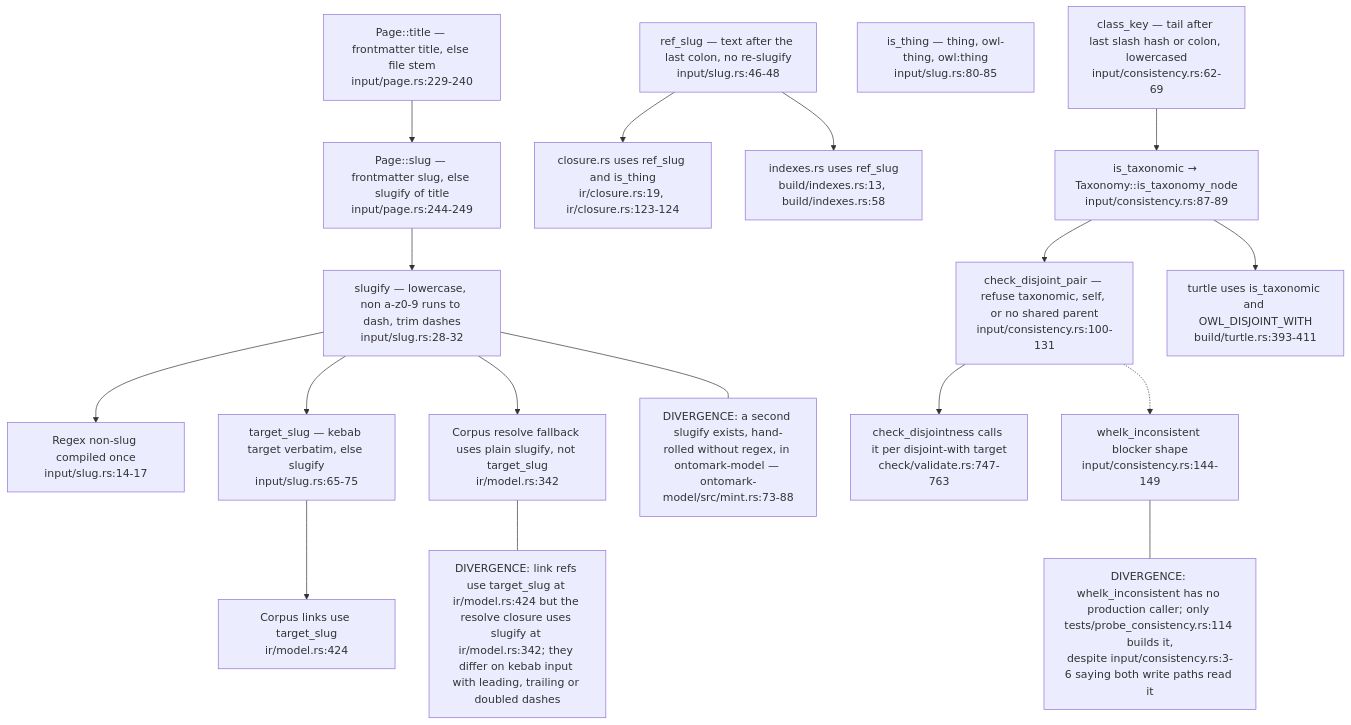
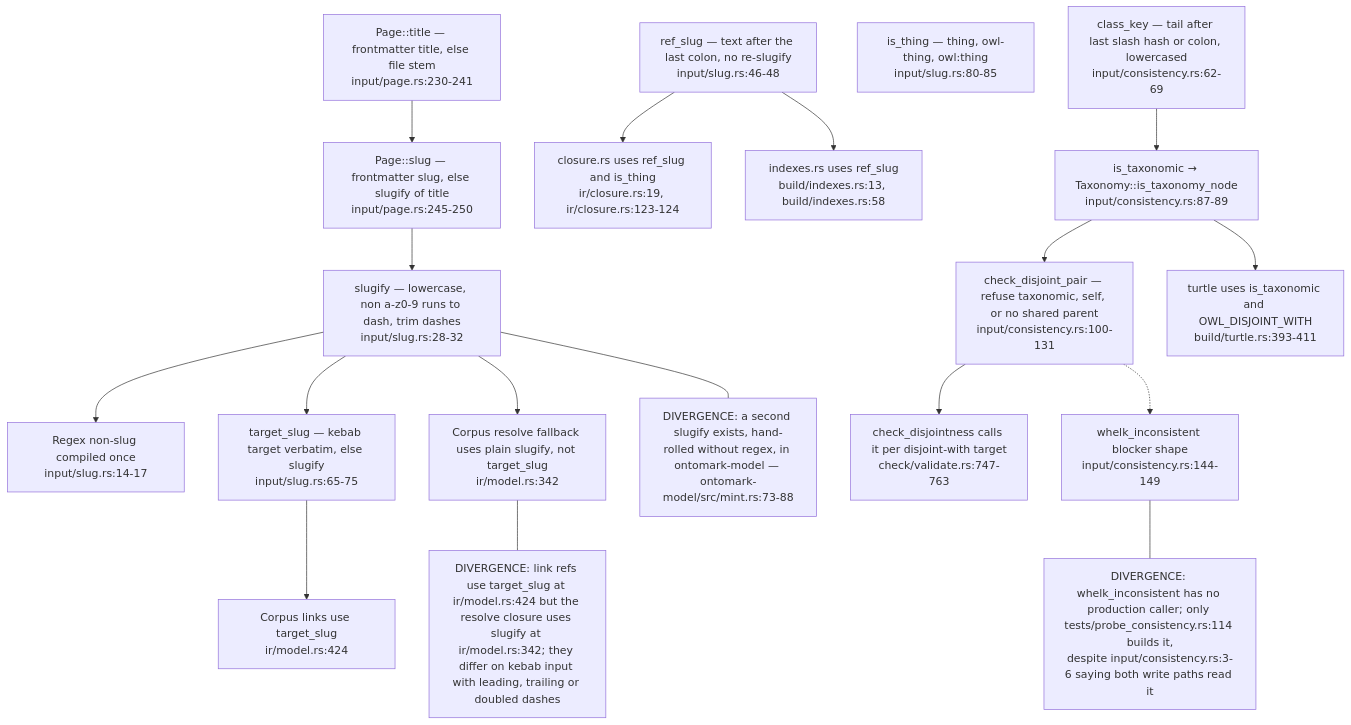
The fifth of 6 diagrams in docs/diagrams/ontomark/01-input-layer-vault-pages-and-gates.md (DreamLab-AI/VisionFlow), drawn with Mermaid before and after one commit. The commit also changed other lines of this file and 91 other files, not shown here.

````diff
--- a/docs/diagrams/ontomark/01-input-layer-vault-pages-and-gates.md
+++ b/docs/diagrams/ontomark/01-input-layer-vault-pages-and-gates.md
@@ -205,35 +211,35 @@
 ```mermaid
 flowchart TD
-    TITLE["Page::title — frontmatter title, else file stem<br/>input/page.rs:229-240"]
-    SLUGP["Page::slug — frontmatter slug, else slugify of title<br/>input/page.rs:244-249"]
+    TITLE["Page::title — frontmatter title, else file stem<br/>input/page.rs:230-241"]
+    SLUGP["Page::slug — frontmatter slug, else slugify of title<br/>input/page.rs:245-250"]
     SLUGIFY["slugify — lowercase, non a-z0-9 runs to dash, trim dashes<br/>input/slug.rs:28-32"]
     RE["Regex non-slug compiled once<br/>input/slug.rs:14-17"]
     REFSLUG["ref_slug — text after the last colon, no re-slugify<br/>input/slug.rs:46-48"]
     TARGET["target_slug — kebab target verbatim, else slugify<br/>input/slug.rs:65-75"]
     THING["is_thing — thing, owl-thing, owl:thing<br/>input/slug.rs:80-85"]
     U1["closure.rs uses ref_slug and is_thing<br/>ir/closure.rs:19, ir/closure.rs:123-124"]
     U2["indexes.rs uses ref_slug<br/>build/indexes.rs:13, build/indexes.rs:58"]
     U3["Corpus links use target_slug<br/>ir/model.rs:424"]
     U4["Corpus resolve fallback uses plain slugify, not target_slug<br/>ir/model.rs:342"]
     CKEY["class_key — tail after last slash hash or colon, lowercased<br/>input/consistency.rs:62-69"]
     TAX["is_taxonomic → Taxonomy::is_taxonomy_node<br/>input/consistency.rs:87-89"]
     CDP["check_disjoint_pair — refuse taxonomic, self, or no shared parent<br/>input/consistency.rs:100-131"]
     CALL["check_disjointness calls it per disjoint-with target<br/>check/validate.rs:747-763"]
     TTL["turtle uses is_taxonomic and OWL_DISJOINT_WITH<br/>build/turtle.rs:393-411"]
     WHELK["whelk_inconsistent blocker shape<br/>input/consistency.rs:144-149"]
     TITLE --> SLUGP --> SLUGIFY --> RE
     SLUGIFY --> TARGET
     REFSLUG --> U1
     REFSLUG --> U2
     TARGET --> U3
     SLUGIFY --> U4
     CKEY --> TAX --> CDP --> CALL
     TAX --> TTL
     CDP -.-> WHELK
     note1["DIVERGENCE: a second slugify exists, hand-rolled without regex, in ontomark-model — ontomark-model/src/mint.rs:73-88"]
     note2["DIVERGENCE: whelk_inconsistent has no production caller; only tests/probe_consistency.rs:114 builds it,<br/>despite input/consistency.rs:3-6 saying both write paths read it"]
     note3["DIVERGENCE: link refs use target_slug at ir/model.rs:424 but the resolve closure uses slugify at ir/model.rs:342; they differ on kebab input with leading, trailing or doubled dashes"]
     SLUGIFY --- note1
     WHELK --- note2
     U4 --- note3
 ```
````
